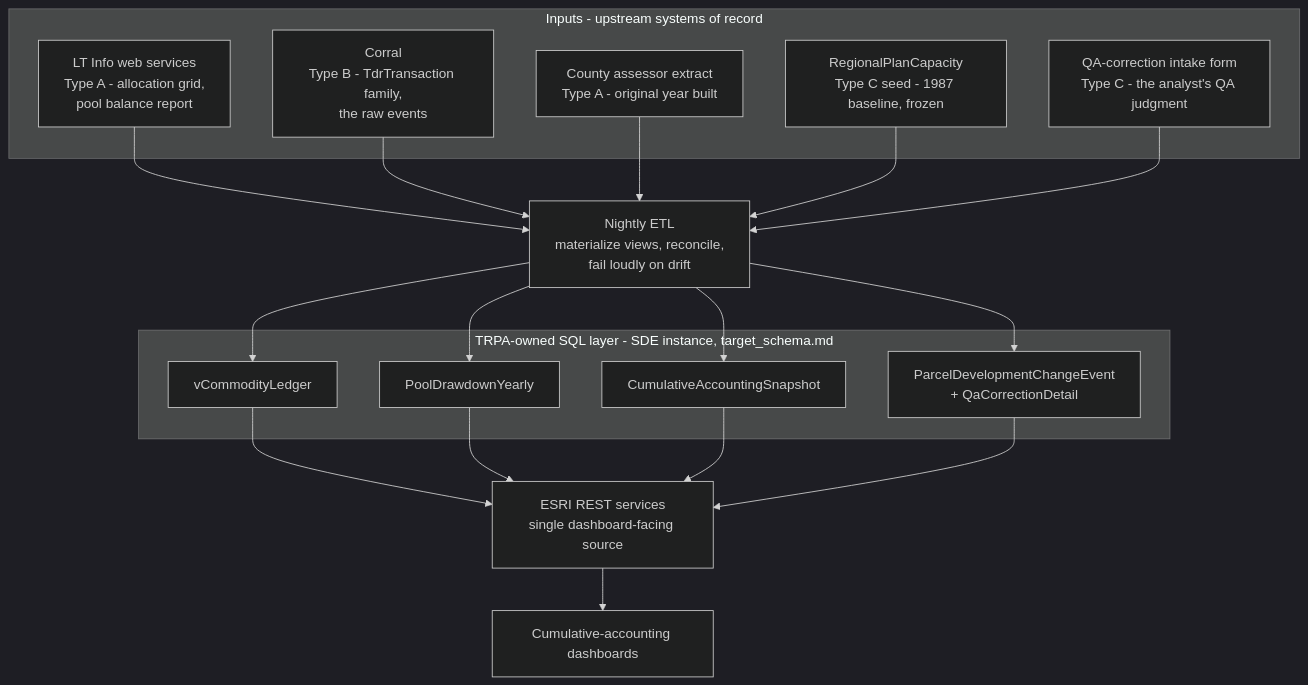
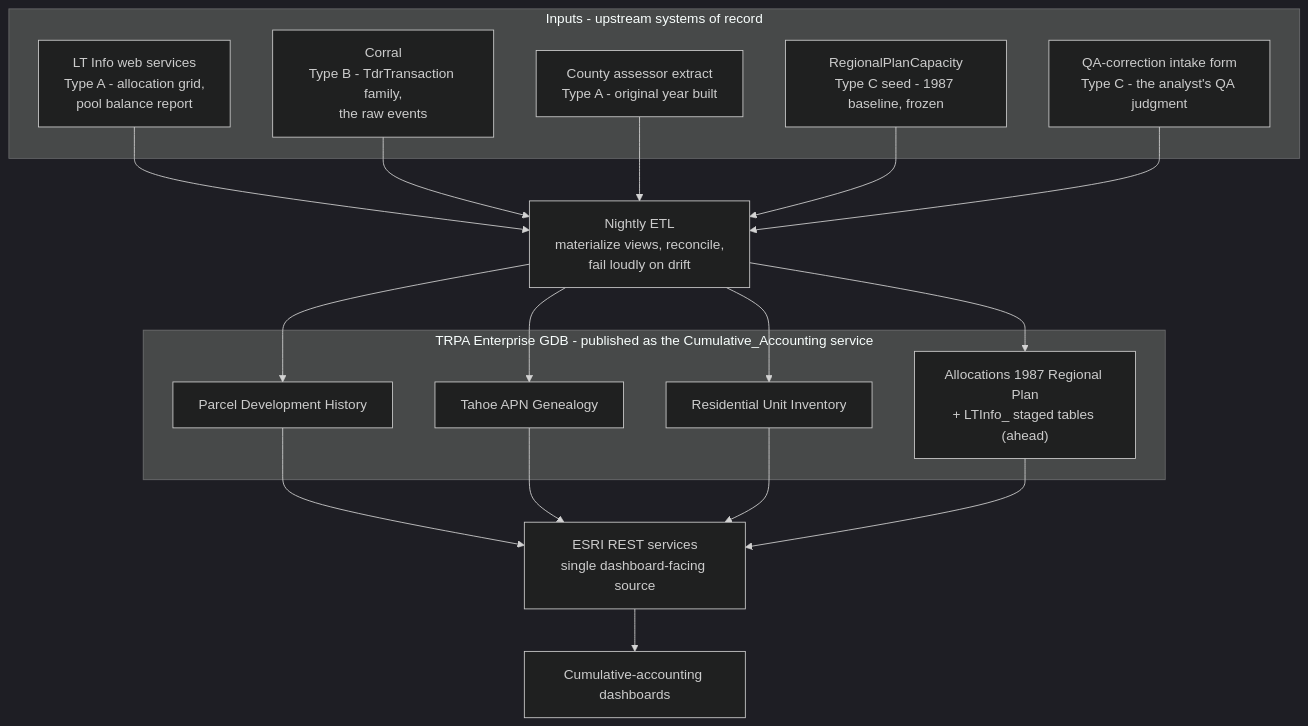
One commit to trpa-agency/Reporting changed the diagram in erd/system_of_record_roadmap.md. Above: the diagram before and after it, drawn with Mermaid (dark theme). The commit also changed other lines of this file and 14 other files, not shown here.

````diff
--- a/erd/system_of_record_roadmap.md
+++ b/erd/system_of_record_roadmap.md
@@ -74,37 +76,37 @@
 ```mermaid
 flowchart TD
     subgraph inputs["Inputs - upstream systems of record"]
         ltinfo["LT Info web services<br/>Type A - allocation grid,<br/>pool balance report"]
         corral["Corral<br/>Type B - TdrTransaction family,<br/>the raw events"]
         assessor["County assessor extract<br/>Type A - original year built"]
         refseed["RegionalPlanCapacity<br/>Type C seed - 1987 baseline, frozen"]
         qaform["QA-correction intake form<br/>Type C - the analyst's QA judgment"]
     end
 
     etl["Nightly ETL<br/>materialize views, reconcile,<br/>fail loudly on drift"]
 
-    subgraph sql["TRPA-owned SQL layer - SDE instance, target_schema.md"]
-        ledger["vCommodityLedger"]
-        drawdown["PoolDrawdownYearly"]
-        snapshot["CumulativeAccountingSnapshot"]
-        changeevent["ParcelDevelopmentChangeEvent<br/>+ QaCorrectionDetail"]
+    subgraph sql["TRPA Enterprise GDB - published as the Cumulative_Accounting service"]
+        ledger["Parcel Development History"]
+        drawdown["Tahoe APN Genealogy"]
+        snapshot["Residential Unit Inventory"]
+        changeevent["Allocations 1987 Regional Plan<br/>+ LTInfo_ staged tables (ahead)"]
     end
 
     rest["ESRI REST services<br/>single dashboard-facing source"]
     dashboards["Cumulative-accounting dashboards"]
 
     ltinfo --> etl
     corral --> etl
     assessor --> etl
     refseed --> etl
     qaform --> etl
     etl --> ledger
     etl --> drawdown
     etl --> snapshot
     etl --> changeevent
     ledger --> rest
     drawdown --> rest
     snapshot --> rest
     changeevent --> rest
     rest --> dashboards
 ```
````
